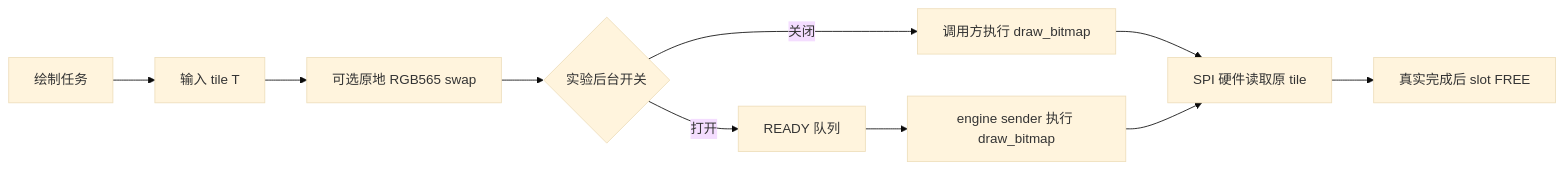
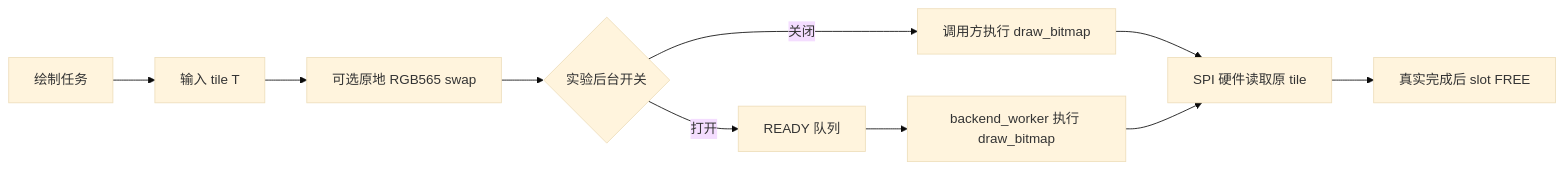
The fourth of 7 diagrams in components/display/tools/esp_display_present/docs/MODE_BUFFER_TASK_REVIEW.md (espressif2022/esp-iot-solution), drawn with Mermaid (base theme) before and after one commit. The commit also changed other lines of this file and 65 other files, not shown here.

````diff
--- a/components/display/tools/esp_display_present/docs/MODE_BUFFER_TASK_REVIEW.md
+++ b/components/display/tools/esp_display_present/docs/MODE_BUFFER_TASK_REVIEW.md
@@ -236,12 +236,12 @@
 ```mermaid
 flowchart LR
     APP[绘制任务] --> TILE[输入 tile T]
     TILE --> SWAP[可选原地 RGB565 swap]
     SWAP --> MODE{实验后台开关}
     MODE -->|关闭| CALL[调用方执行 draw_bitmap]
     MODE -->|打开| READY[READY 队列]
-    READY --> SEND[engine sender 执行 draw_bitmap]
+    READY --> SEND[backend_worker 执行 draw_bitmap]
     CALL --> DMA[SPI 硬件读取原 tile]
     SEND --> DMA
     DMA --> DONE[真实完成后 slot FREE]
 ```
````
